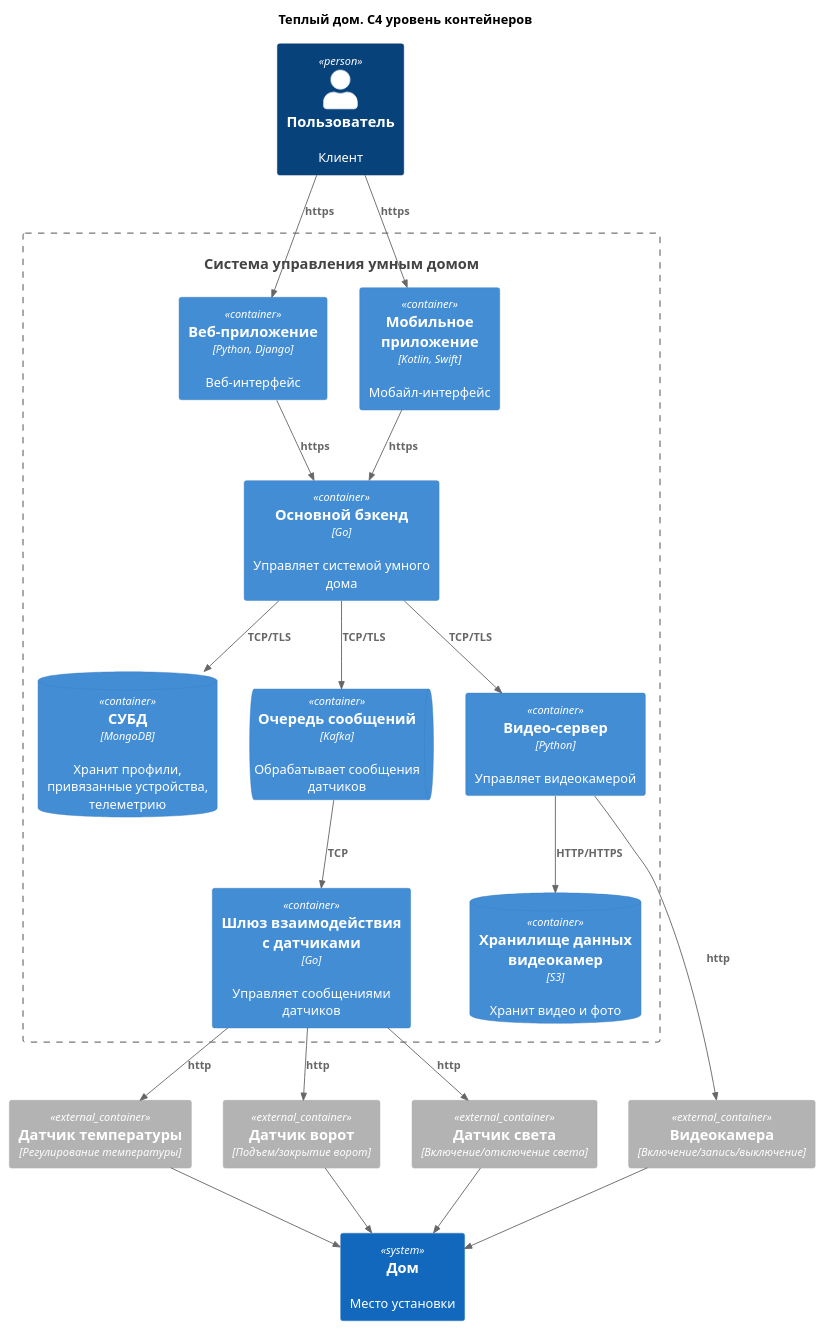
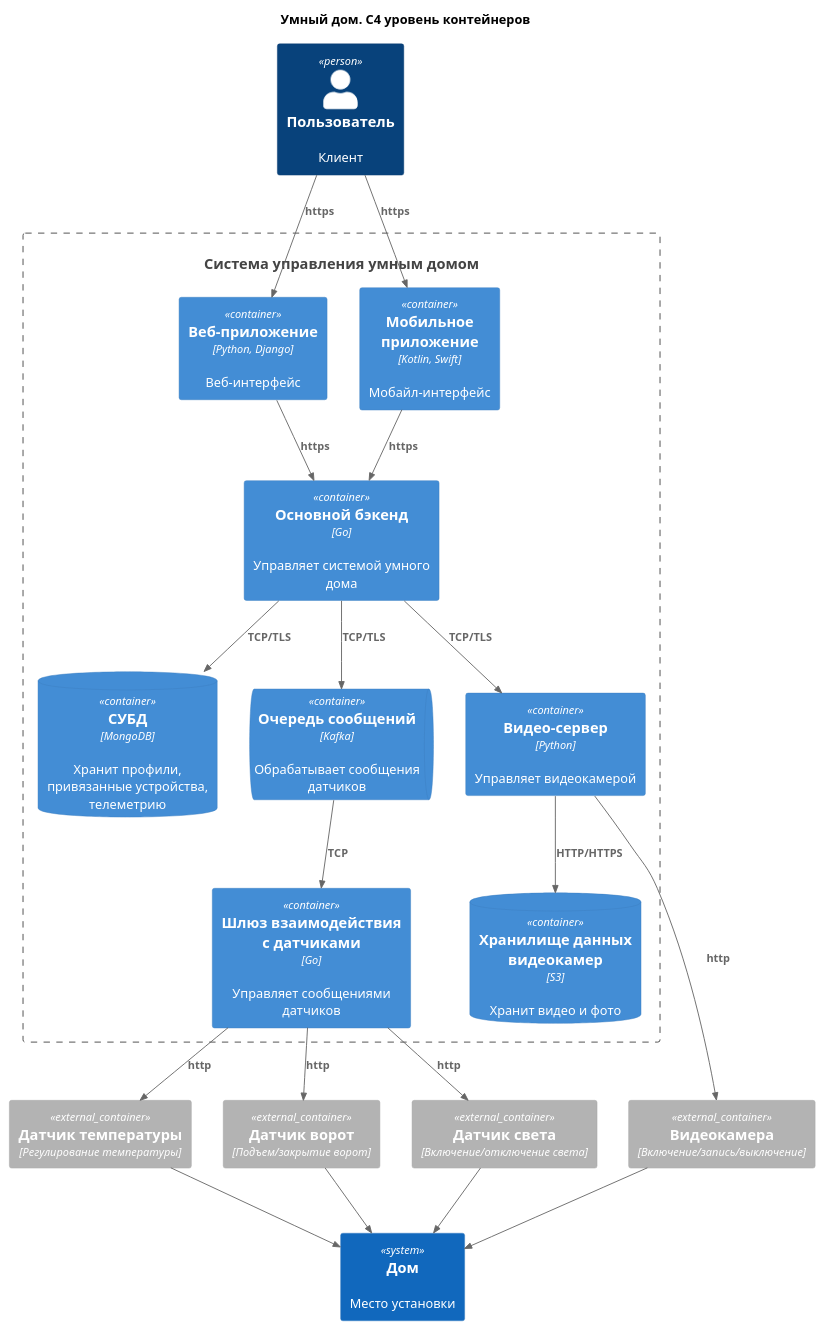
One commit to realjungleman/architecture-warmhouse changed the diagram in 2_task/c4_container.puml. Above: the diagram before and after it, drawn with PlantUML. The commit also changed 9 other files, not shown here.

Commit message:
Заменено теплый на умный

```diff
--- a/2_task/c4_container.puml
+++ b/2_task/c4_container.puml
@@ -1,49 +1,49 @@
 @startuml
-title Теплый дом. С4 уровень контейнеров
+title Умный дом. С4 уровень контейнеров
 
 top to bottom direction
 
 !includeurl https://raw.githubusercontent.com/RicardoNiepel/C4-PlantUML/master/C4_Component.puml
 
 Person(user, "Пользователь", "Клиент")
 System(SmartHouse, "Система управления умным домом", "")
 
 Container_Boundary(SmartHouse, "Система управления умным домом") {
   Container(WebApp, "Веб-приложение", "Python, Django", "Веб-интерфейс")
   Container(MobileApp, "Мобильное приложение", "Kotlin, Swift", "Мобайл-интерфейс")
   Container(MainSystem, "Основной бэкенд", "Go", "Управляет системой умного дома")
   Container(ApiGate, "Шлюз взаимодействия с датчиками", "Go", "Управляет сообщениями датчиков")
   ContainerDb(Database, "СУБД", "MongoDB", "Хранит профили, привязанные устройства, телеметрию")
   Container(VideoStreaming, "Видео-сервер", "Python", "Управляет видеокамерой")
   ContainerDb(S3, "Хранилище данных видеокамер", "S3", "Хранит видео и фото")
   ContainerQueue(Queue, "Очередь сообщений", "Kafka", "Обрабатывает сообщения датчиков")
 }
 
 Container_Ext(temperatureSensor, "Датчик температуры", "Регулирование температуры")
 
 Container_Ext(gateSensor,"Датчик ворот", "Подъем/закрытие ворот")
 Container_Ext(videoCamera,"Видеокамера", "Включение/запись/выключение")
 Container_Ext(lightSensor,"Датчик света", "Включение/отключение света")
 
 Rel(user, WebApp, "https")
 Rel(user, MobileApp, "https")
 Rel(WebApp, MainSystem, "https")
 Rel(MobileApp, MainSystem, "https")
 Rel(MainSystem, Queue, "TCP/TLS")
 Rel(Queue, ApiGate, "TCP")
 Rel(MainSystem, VideoStreaming, "TCP/TLS")
 Rel(VideoStreaming, S3, "HTTP/HTTPS")
 Rel(MainSystem, Database, "TCP/TLS")
 
 Rel(VideoStreaming, videoCamera, "http")
 Rel(ApiGate, gateSensor, "http")
 Rel(ApiGate, temperatureSensor, "http")
 Rel(ApiGate, lightSensor, "http")
 
 
 System(house, "Дом", "Место установки")
 Rel(gateSensor, house, "")
 Rel(temperatureSensor, house, "")
 Rel(lightSensor, house, "")
 Rel(videoCamera, house, "")
 @enduml
```
